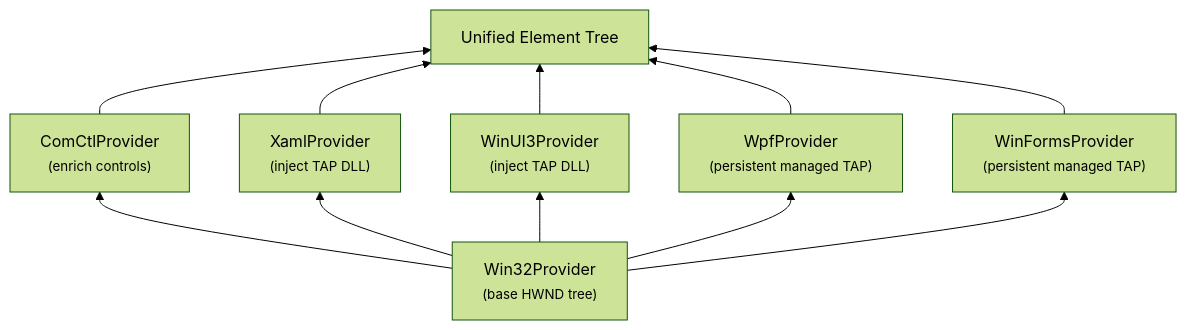
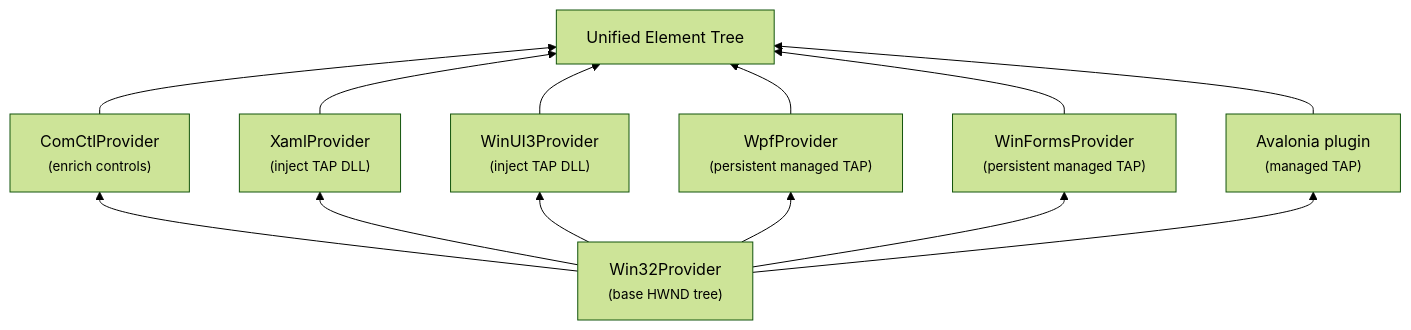
One commit to asklar/lvt changed the second of 3 diagrams in docs/architecture.md. Above: the diagram before and after it, drawn with Mermaid (forest theme). The commit also changed other lines of this file and 9 other files, not shown here.

````diff
--- a/docs/architecture.md
+++ b/docs/architecture.md
@@ -48,13 +48,14 @@
 ```mermaid
 flowchart BT
     Win32["Win32Provider\n<small>(base HWND tree)</small>"]
     ComCtl["ComCtlProvider\n<small>(enrich controls)</small>"]
     XAML["XamlProvider\n<small>(inject TAP DLL)</small>"]
     WinUI3["WinUI3Provider\n<small>(inject TAP DLL)</small>"]
     WPF["WpfProvider\n<small>(persistent managed TAP)</small>"]
     WinForms["WinFormsProvider\n<small>(persistent managed TAP)</small>"]
+    Avalonia["Avalonia plugin\n<small>(managed TAP)</small>"]
     Tree["Unified Element Tree"]
 
-    Win32 --> ComCtl & XAML & WinUI3 & WPF & WinForms
-    ComCtl & XAML & WinUI3 & WPF & WinForms --> Tree
+    Win32 --> ComCtl & XAML & WinUI3 & WPF & WinForms & Avalonia
+    ComCtl & XAML & WinUI3 & WPF & WinForms & Avalonia --> Tree
 ```
````
